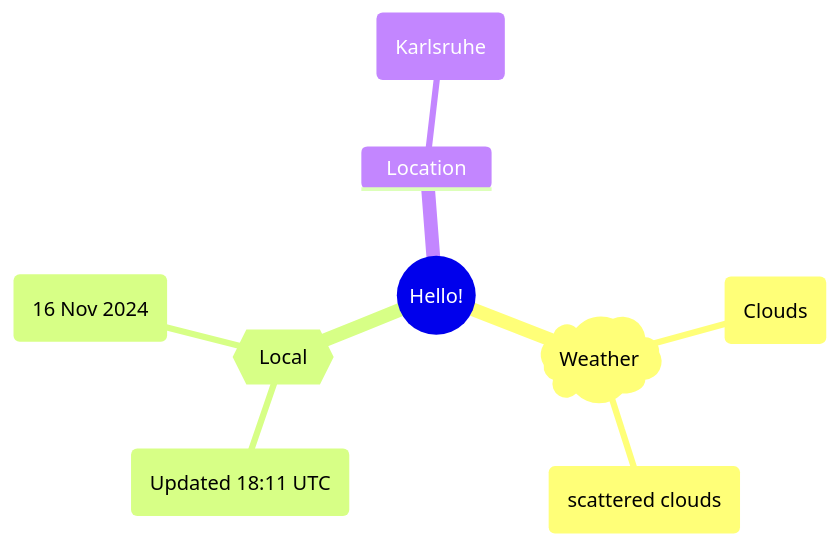
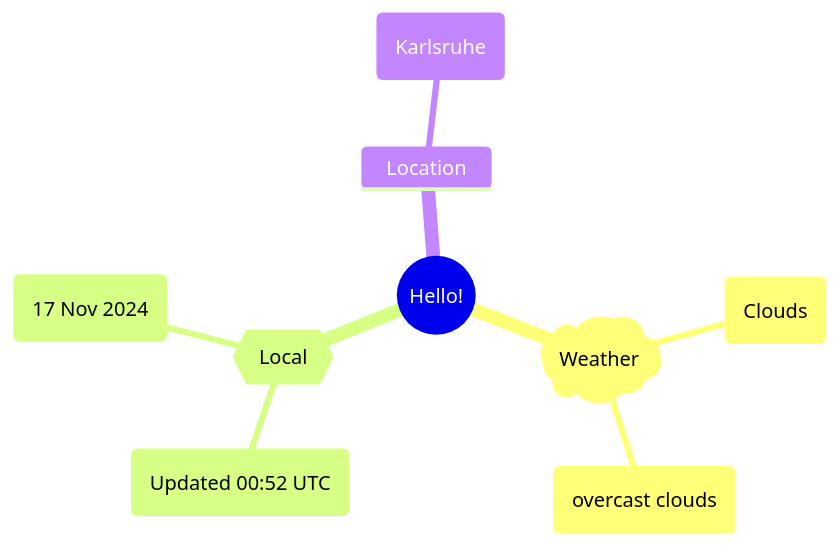
The first of 2 diagrams in README.md (Xosrov/Xosrov), drawn with Mermaid before and after one commit.

Commit message:
[bot] updated images

````diff
--- a/README.md
+++ b/README.md
@@ -3,12 +3,12 @@
 ```mermaid
 mindmap
   root((Hello!))
     )Weather(
         (Clouds)
-        (scattered clouds)
+        (overcast clouds)
     {{Local}}
-        (Updated 18:11 UTC)
-        (16 Nov 2024)
+        (Updated 00:52 UTC)
+        (17 Nov 2024)
     Location
         (Karlsruhe)
 ```
````
